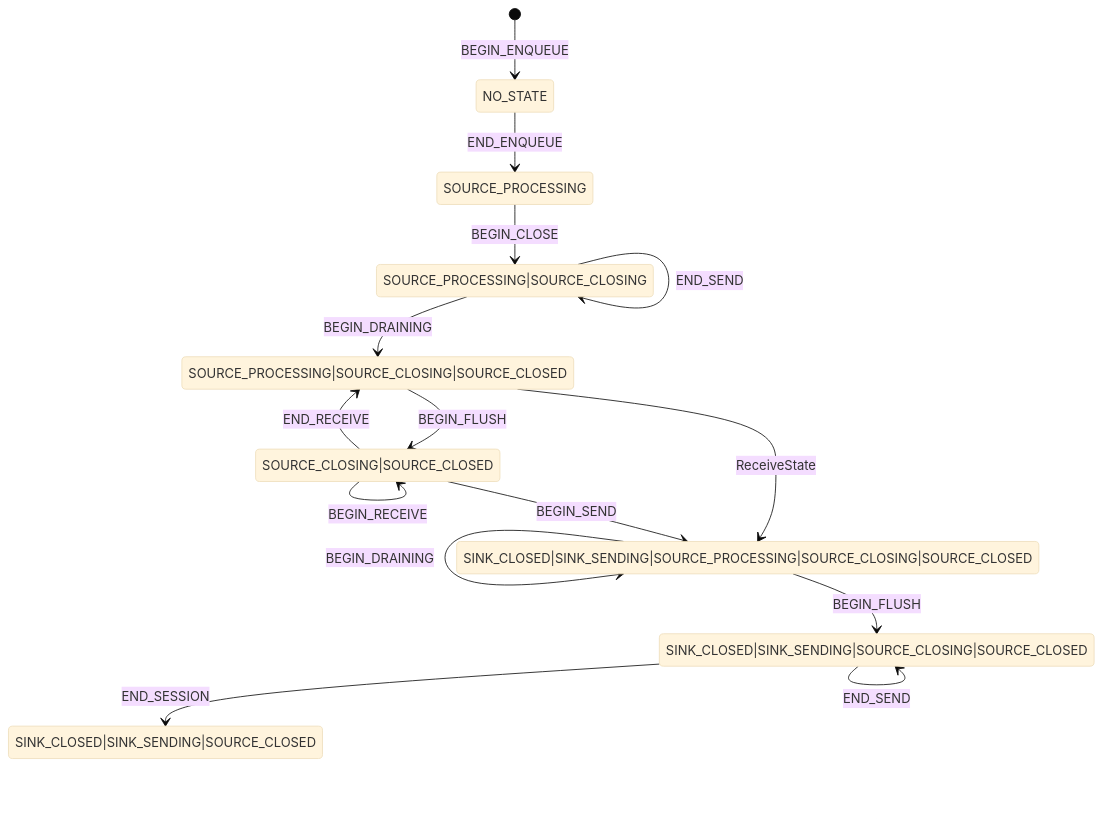
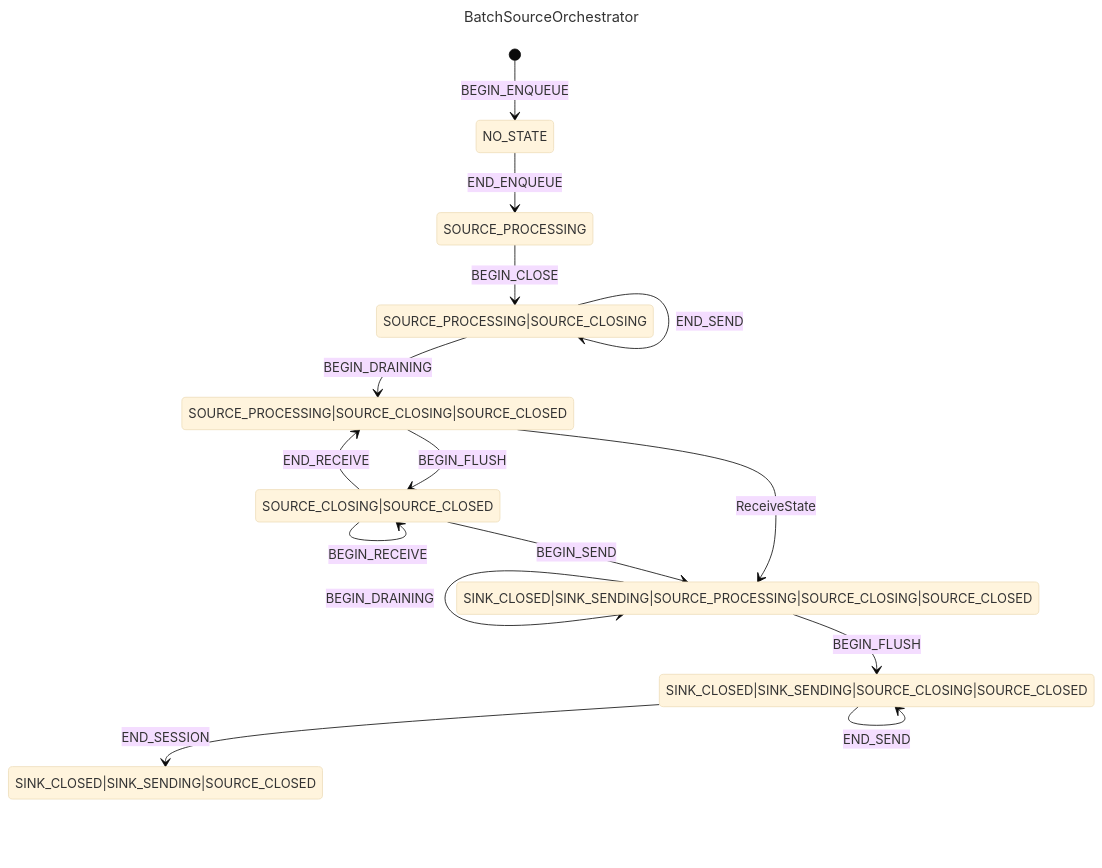
Before and after one commit to fission-codes/go-car-mirror: the first of 2 diagrams in README.md, drawn with Mermaid (base theme). The commit also changed other lines of this file and 2 other files, not shown here.

Commit message:
Cleaner diagram generation

````diff
--- a/README.md
+++ b/README.md
@@ -42,25 +42,28 @@
 ```mermaid
+---
+title: BatchSourceOrchestrator
+---
 stateDiagram-v2
   [*] --> NO_STATE: BEGIN_ENQUEUE
   NO_STATE --> SOURCE_PROCESSING: END_ENQUEUE
   SOURCE_PROCESSING --> SOURCE_PROCESSING|SOURCE_CLOSING: BEGIN_CLOSE
   SOURCE_PROCESSING|SOURCE_CLOSING --> SOURCE_PROCESSING|SOURCE_CLOSING: END_CLOSE
   SOURCE_PROCESSING|SOURCE_CLOSING --> SOURCE_PROCESSING|SOURCE_CLOSING: BEGIN_SESSION
   SOURCE_PROCESSING|SOURCE_CLOSING --> SOURCE_PROCESSING|SOURCE_CLOSING: BEGIN_SEND
   SOURCE_PROCESSING|SOURCE_CLOSING --> SOURCE_PROCESSING|SOURCE_CLOSING: END_SEND
   SOURCE_PROCESSING|SOURCE_CLOSING --> SOURCE_PROCESSING|SOURCE_CLOSING|SOURCE_CLOSED: BEGIN_DRAINING
   SOURCE_PROCESSING|SOURCE_CLOSING|SOURCE_CLOSED --> SOURCE_CLOSING|SOURCE_CLOSED: BEGIN_FLUSH
   SOURCE_CLOSING|SOURCE_CLOSED --> SOURCE_CLOSING|SOURCE_CLOSED: END_FLUSH
   SOURCE_CLOSING|SOURCE_CLOSED --> SOURCE_CLOSING|SOURCE_CLOSED: END_DRAINING
   SOURCE_CLOSING|SOURCE_CLOSED --> SOURCE_CLOSING|SOURCE_CLOSED: END_SEND
   SOURCE_CLOSING|SOURCE_CLOSED --> SOURCE_CLOSING|SOURCE_CLOSED: BEGIN_RECEIVE
   SOURCE_CLOSING|SOURCE_CLOSED --> SOURCE_PROCESSING|SOURCE_CLOSING|SOURCE_CLOSED: END_RECEIVE
   SOURCE_PROCESSING|SOURCE_CLOSING|SOURCE_CLOSED --> SINK_CLOSED|SINK_SENDING|SOURCE_PROCESSING|SOURCE_CLOSING|SOURCE_CLOSED: ReceiveState
   SOURCE_CLOSING|SOURCE_CLOSED --> SINK_CLOSED|SINK_SENDING|SOURCE_PROCESSING|SOURCE_CLOSING|SOURCE_CLOSED: BEGIN_SEND
   SINK_CLOSED|SINK_SENDING|SOURCE_PROCESSING|SOURCE_CLOSING|SOURCE_CLOSED --> SINK_CLOSED|SINK_SENDING|SOURCE_PROCESSING|SOURCE_CLOSING|SOURCE_CLOSED: BEGIN_DRAINING
   SINK_CLOSED|SINK_SENDING|SOURCE_PROCESSING|SOURCE_CLOSING|SOURCE_CLOSED --> SINK_CLOSED|SINK_SENDING|SOURCE_CLOSING|SOURCE_CLOSED: BEGIN_FLUSH
   SINK_CLOSED|SINK_SENDING|SOURCE_CLOSING|SOURCE_CLOSED --> SINK_CLOSED|SINK_SENDING|SOURCE_CLOSING|SOURCE_CLOSED: END_FLUSH
   SINK_CLOSED|SINK_SENDING|SOURCE_CLOSING|SOURCE_CLOSED --> SINK_CLOSED|SINK_SENDING|SOURCE_CLOSING|SOURCE_CLOSED: END_DRAINING
   SINK_CLOSED|SINK_SENDING|SOURCE_CLOSING|SOURCE_CLOSED --> SINK_CLOSED|SINK_SENDING|SOURCE_CLOSING|SOURCE_CLOSED: END_SEND
   SINK_CLOSED|SINK_SENDING|SOURCE_CLOSING|SOURCE_CLOSED --> SINK_CLOSED|SINK_SENDING|SOURCE_CLOSED: END_SESSION
 ```
````
